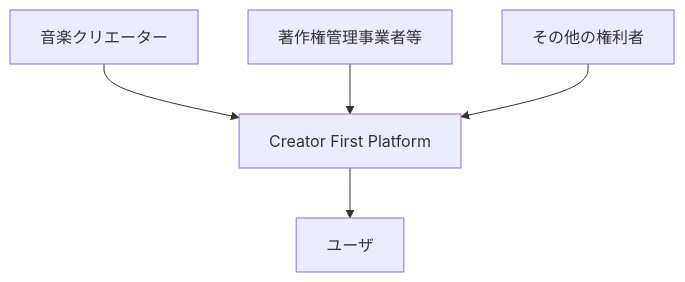
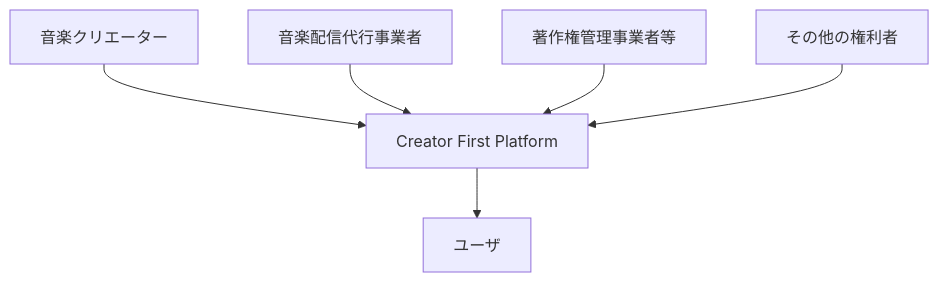
One commit to ShigeichiroYamasaki/creator-first-platform changed the fifth of 17 diagrams in docs/whitepaper/03-rights-and-money.md. Above: the diagram before and after it, drawn with Mermaid. The commit also changed other lines of this file and 13 other files, not shown here.

````diff
--- a/docs/whitepaper/03-rights-and-money.md
+++ b/docs/whitepaper/03-rights-and-money.md
@@ -133,7 +133,8 @@
 ```mermaid
 flowchart TD
     CREATOR[音楽クリエーター] --> CFP[Creator First Platform]
+    DIST[音楽配信代行事業者] --> CFP
     CMO[著作権管理事業者等] --> CFP
     OTHER[その他の権利者] --> CFP
     CFP --> USER[ユーザ]
 ```
````
